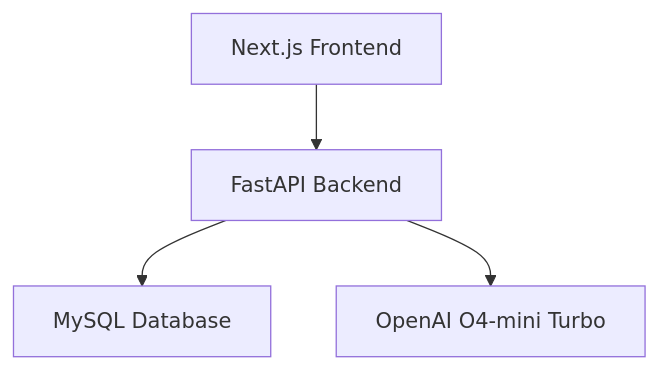
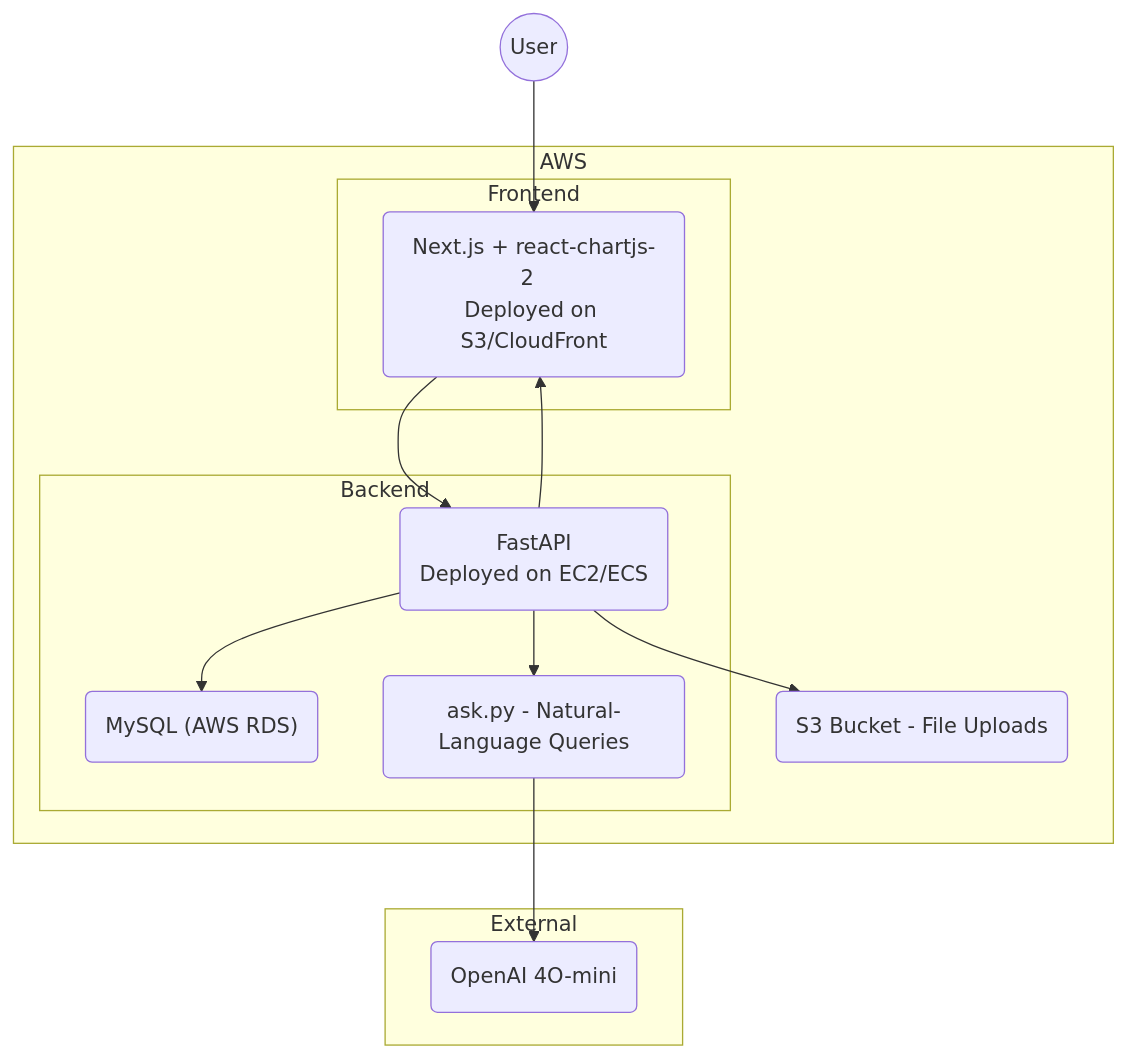
One commit to aniketkarne/AI-aws-cloud-cost-analyzer changed the diagram in README.md. Above: the diagram before and after it, drawn with Mermaid.

````diff
--- a/README.md
+++ b/README.md
@@ -19,6 +19,34 @@
 ```mermaid
-flowchart TB
-  A[Next.js Frontend] --> B[FastAPI Backend]
-  B --> C[MySQL Database]
-  B --> D[OpenAI O4-mini Turbo]
+flowchart TB  
+    %% AWS Subgraph  
+    subgraph AWS  
+  
+        subgraph Frontend  
+            A("Next.js + react-chartjs-2  
+Deployed on S3/CloudFront")  
+        end  
+  
+        subgraph Backend  
+            B("FastAPI  
+Deployed on EC2/ECS")  
+            C("MySQL (AWS RDS)")  
+            Ask("ask.py - Natural-Language Queries")  
+        end  
+  
+        S("S3 Bucket - File Uploads")  
+    end  
+  
+    %% External GPT Service  
+    subgraph External  
+        D("OpenAI 4O-mini")  
+    end  
+  
+    %% User Interaction  
+    U((User)) --> A  
+    A --> B  
+    B --> C  
+    B --> Ask  
+    Ask --> D  
+    B --> S  
+    B --> A  
 ```
````
